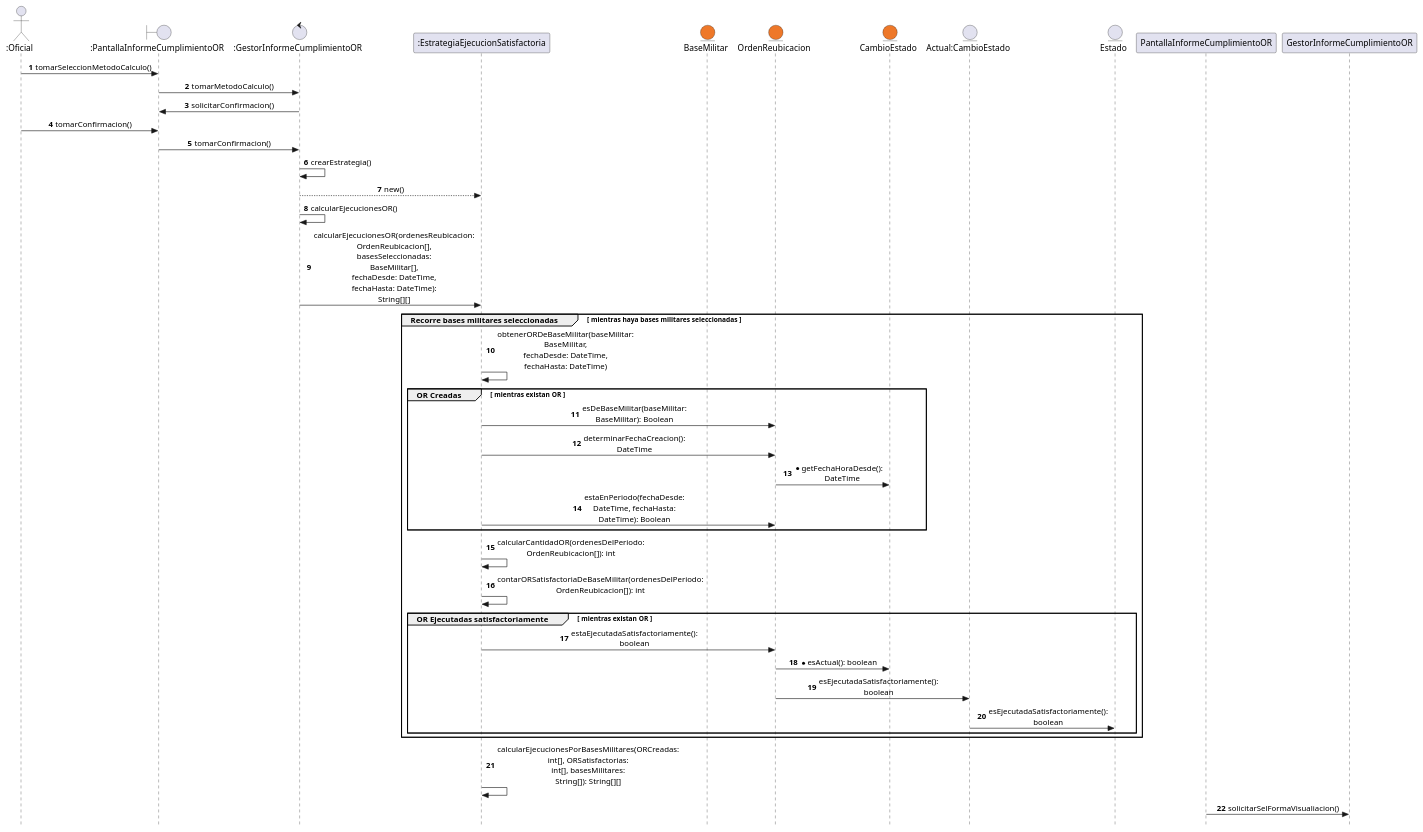
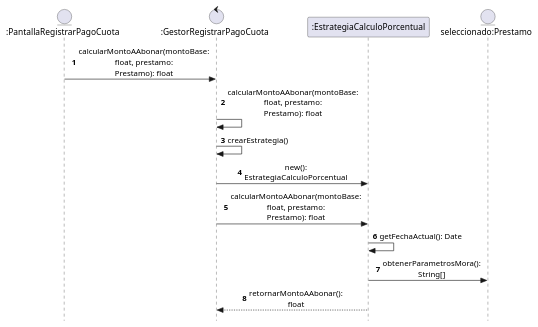
One commit to CeciliaRava1/disenio_2026 changed the diagram in 11_parcial3/00_modelo1/04_ds_strategy.plantuml. Above: the diagram before and after it, drawn with PlantUML. The commit also changed 6 other files, not shown here.

```diff
--- a/11_parcial3/00_modelo1/04_ds_strategy.plantuml
+++ b/11_parcial3/00_modelo1/04_ds_strategy.plantuml
@@ -1,71 +1,29 @@
 @startuml diagramaSecuencia
 
 autonumber
 skinparam style strictuml
 skinparam sequenceMessageAlign center
 skinparam maxMessageSize 150
 
-' --- CLASES DE ANALISIS ---
-actor Oficial as ":Oficial"
-boundary Pantalla as ":PantallaInformeCumplimientoOR"
-control Gestor as ":GestorInformeCumplimientoOR"
 
-' --- CLASES DE FABRICACION PURA ---
-participant EstrategiaEjecucionSatisfactoria as ":EstrategiaEjecucionSatisfactoria"
+'7. Sistema: Obtiene el estado de la cuota seleccionada y la cuota esta vencida. Valida si el prestamo esta marcado como cobro por ente externo y es asi. El ente de cobro externo corresponde a SENADA.
+'8. Sistema: Obtiene del servicio SENASA el codigo de pago correspondiente al prestamo seleccionado
+'9. Sistema: Calcula y muestra el monto a abonar correspondiente, para lo cual calcula la cantidad de dias de atraso en funcion de la fecha de vencimiento de la cuota y la fecha actual. Calcula el recargo aplicable en funcion de la definicion de mora asociada al tipo de prestamo
+'10: Sistema: Solicita confirmacion al cliente
+'11: Cliente: Confirma el pago de la cuota
+'12: Sistema: Llama al caso de uso registrar pago para realizar y registrar el pago de la cuota, enviando el monto a pagar. Informa ejecucion exitosa del caso de uso
 
-' --- CLASES DEL DOMINIO ---
-entity BaseMilitar as "BaseMilitar" #ee7829
-entity OrdenReubicacion as "OrdenReubicacion" #ee7829
-entity CambioEstado as "CambioEstado" #ee7829
-entity ACambioEstado as "Actual:CambioEstado"
-entity Estado as "Estado"
+entity PantallaRegistrarPagoCuota as ":PantallaRegistrarPagoCuota"
+control GestorRegistrarPagoCuota as ":GestorRegistrarPagoCuota"
+participant EstrategiaCalculoPorcentual as ":EstrategiaCalculoPorcentual"
+entity SelPrestamo as "seleccionado:Prestamo"
 
-'8. Oficial: Selecciona el método de porcentaje de ejecución satisfactorio por base militar de origen.
-Oficial -> Pantalla : tomarSeleccionMetodoCalculo()
-Pantalla -> Gestor : tomarMetodoCalculo()
-
-'9. Sistema: Solicita confirmación para generar el informe.
-Gestor -> Pantalla : solicitarConfirmacion()
-
-'10. Oficial: Confirma la generación del informe.
-Oficial -> Pantalla : tomarConfirmacion()
-Pantalla -> Gestor : tomarConfirmacion()
-Gestor -> Gestor : crearEstrategia()
-Gestor --> EstrategiaEjecucionSatisfactoria : new()
-Gestor -> Gestor : calcularEjecucionesOR()
-Gestor -> EstrategiaEjecucionSatisfactoria : calcularEjecucionesOR(ordenesReubicacion: OrdenReubicacion[], basesSeleccionadas: BaseMilitar[], fechaDesde: DateTime, fechaHasta: DateTime): String[][]
-
-'11. Sistema: Busca para cada base militar seleccionada todas las Órdenes de Reubicación que se hayan creado dentro 
-'del periodo seleccionado.
-group Recorre bases militares seleccionadas [ mientras haya bases militares seleccionadas ]
-    EstrategiaEjecucionSatisfactoria -> EstrategiaEjecucionSatisfactoria : obtenerORDeBaseMilitar(baseMilitar: BaseMilitar, fechaDesde: DateTime, fechaHasta: DateTime)
-
-    group OR Creadas [ mientras existan OR ]
-        EstrategiaEjecucionSatisfactoria -> OrdenReubicacion : esDeBaseMilitar(baseMilitar: BaseMilitar): Boolean
-        EstrategiaEjecucionSatisfactoria -> OrdenReubicacion : determinarFechaCreacion(): DateTime
-        OrdenReubicacion -> CambioEstado : *getFechaHoraDesde(): DateTime
-
-'12. Sistema: Busca para cada base militar seleccionada todas las Órdenes de Reubicación que se hayan creado dentro 
-'del periodo seleccionado y cuyo estado actual sea Ejecutada Satisfactoriamente.
-        EstrategiaEjecucionSatisfactoria -> OrdenReubicacion : estaEnPeriodo(fechaDesde: DateTime, fechaHasta: DateTime): Boolean
-    end
-
-    EstrategiaEjecucionSatisfactoria -> EstrategiaEjecucionSatisfactoria : calcularCantidadOR(ordenesDelPeriodo: OrdenReubicacion[]): int
-    EstrategiaEjecucionSatisfactoria -> EstrategiaEjecucionSatisfactoria : contarORSatisfactoriaDeBaseMilitar(ordenesDelPeriodo: OrdenReubicacion[]): int
-
-    group OR Ejecutadas satisfactoriamente [ mientras existan OR ]
-        EstrategiaEjecucionSatisfactoria -> OrdenReubicacion : estaEjecutadaSatisfactoriamente(): boolean
-        OrdenReubicacion -> CambioEstado : *esActual(): boolean
-        OrdenReubicacion -> ACambioEstado : esEjecutadaSatisfactoriamente(): boolean
-        ACambioEstado -> Estado : esEjecutadaSatisfactoriamente(): boolean
-    end 
-end
-
-'13. Sistema: Calcula por cada base seleccionada el porcentaje de ejecución satisfactoria de órdenes de reubicación.
-EstrategiaEjecucionSatisfactoria -> EstrategiaEjecucionSatisfactoria : calcularEjecucionesPorBasesMilitares(ORCreadas: int[], ORSatisfactorias: int[], basesMilitares: String[]): String[][]
-PantallaInformeCumplimientoOR -> GestorInformeCumplimientoOR : solicitarSelFormaVisualiacion()
-'14. Sistema: Solicita que se selecciona una forma de visualización del reporte. (Ver Observación 2)
-'15. Oficial: Selecciona exportar a PDF.
-'16. Sistema: Genera el informe en formato PDF. (Ver Observación 3). Fin del CU.
-
+PantallaRegistrarPagoCuota -> GestorRegistrarPagoCuota : calcularMontoAAbonar(montoBase: float, prestamo: Prestamo): float
+GestorRegistrarPagoCuota -> GestorRegistrarPagoCuota : calcularMontoAAbonar(montoBase: float, prestamo: Prestamo): float
+GestorRegistrarPagoCuota -> GestorRegistrarPagoCuota : crearEstrategia()
+GestorRegistrarPagoCuota -> EstrategiaCalculoPorcentual : new(): EstrategiaCalculoPorcentual
+GestorRegistrarPagoCuota -> EstrategiaCalculoPorcentual: calcularMontoAAbonar(montoBase: float, prestamo: Prestamo): float
+EstrategiaCalculoPorcentual -> EstrategiaCalculoPorcentual: getFechaActual(): Date
+EstrategiaCalculoPorcentual ->SelPrestamo : obtenerParametrosMora(): String[]
+EstrategiaCalculoPorcentual --> GestorRegistrarPagoCuota : retornarMontoAAbonar(): float
 @enduml
```
